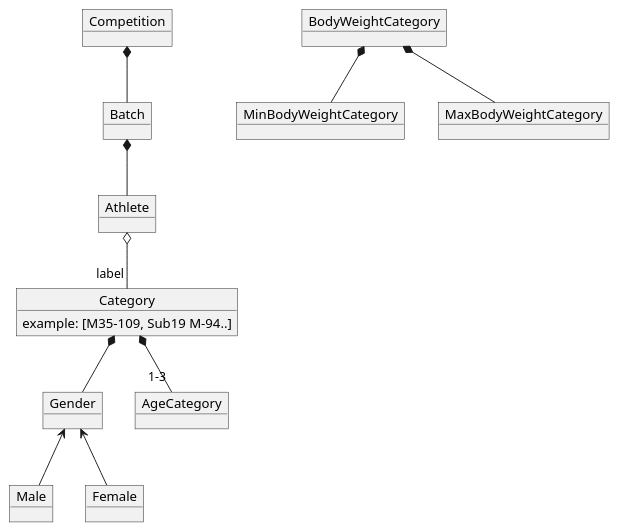
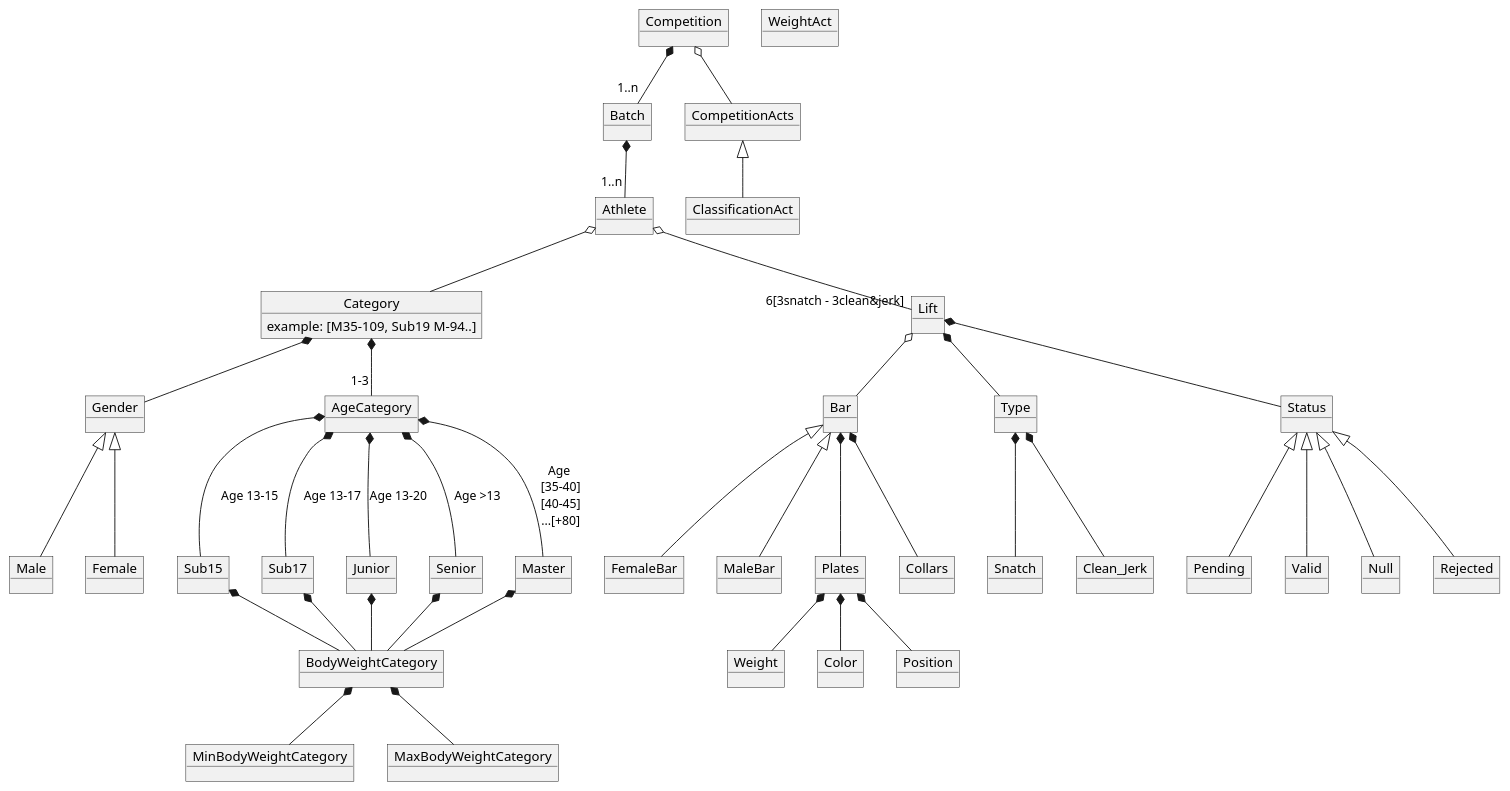
The diagram in modelDomain/domainModel.puml (zuldare/mastercloud_pfm_halterocms), drawn with PlantUML before and after one commit. The commit also changed 1 other file, not shown here.

```diff
--- a/modelDomain/domainModel.puml
+++ b/modelDomain/domainModel.puml
@@ -1,40 +1,106 @@
 @startuml
 'https://plantuml.com/object-diagram
 
 object Competition
 object Batch
 
 object Athlete
 object Gender
 object Male
 object Female
 
 
+' Category
 object Category {
   example: [M35-109, Sub19 M-94..]
 }
 
 object BodyWeightCategory
-object AgeCategory
 object MinBodyWeightCategory
 object MaxBodyWeightCategory
 
+object AgeCategory
+object Sub15
+object Sub17
+object Junior
+object Senior
+object Master
+
+' Bars
+object Bar
+object FemaleBar
+object MaleBar
+object Plates
+object Weight
+object Color
+object Collars
+object Position
 
 
-Competition *-- Batch
-Batch *-- Athlete
+' Lifts
+object Lift
+object Type
+object Snatch
+object Clean_Jerk
+object Status
+object Pending
+object Valid
+object Null
+object Rejected
 
-Gender <-- Male
-Gender <-- Female
+' Competition acts
+object CompetitionActs
+object ClassificationAct
+object WeightAct
+
+Lift *-- Type
+Type *-- Snatch
+Type *-- Clean_Jerk
+Lift o-- Bar
+Lift *-- Status
+Status <|-- Pending
+Status <|-- Valid
+Status <|-- Null
+Status <|-- Rejected
+
+
+Competition *-- "1..n" Batch
+Batch *-- "1..n" Athlete
+Competition o-- CompetitionActs
+CompetitionActs <|-- ClassificationAct
+
+
+Gender <|-- Male
+Gender <|-- Female
 
 Category *-- "1-3" AgeCategory
 Category *-- Gender
-'AgeCategory *-- BodyWeightCategory
+Sub15 *-- BodyWeightCategory
+Sub17 *-- BodyWeightCategory
+Junior *-- BodyWeightCategory
+Senior *-- BodyWeightCategory
+Master *-- BodyWeightCategory
 BodyWeightCategory *-- MinBodyWeightCategory
 BodyWeightCategory *-- MaxBodyWeightCategory
 
+AgeCategory *-- Sub15 :"Age 13-15"
+AgeCategory *-- Sub17 :"Age 13-17"
+AgeCategory *-- Junior :"Age 13-20"
+AgeCategory *-- Senior :"Age >13"
+AgeCategory *-- Master :"Age \n[35-40]\n[40-45]\n...[+80]"
 
-Athlete o-- "label" Category
+Athlete o-- Category
+
+Bar <|-- FemaleBar
+Bar <|-- MaleBar
+Bar *-- Plates
+Bar *-- Collars
+Plates *-- Weight
+Plates *-- Color
+Plates *-- Position
+
+
+Athlete o-- "6[3snatch - 3clean&jerk]" Lift
 
 
 @enduml
```
